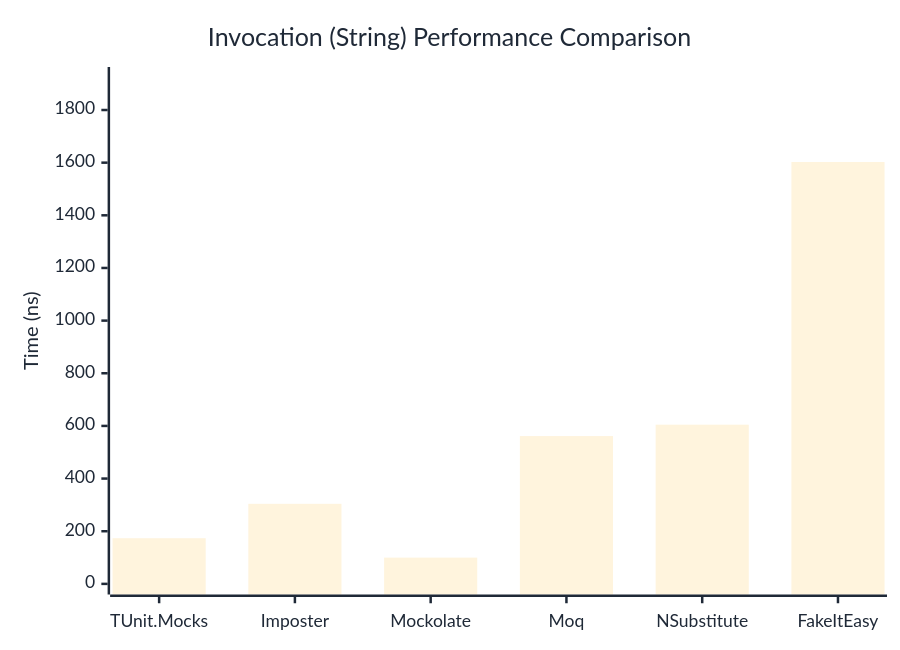
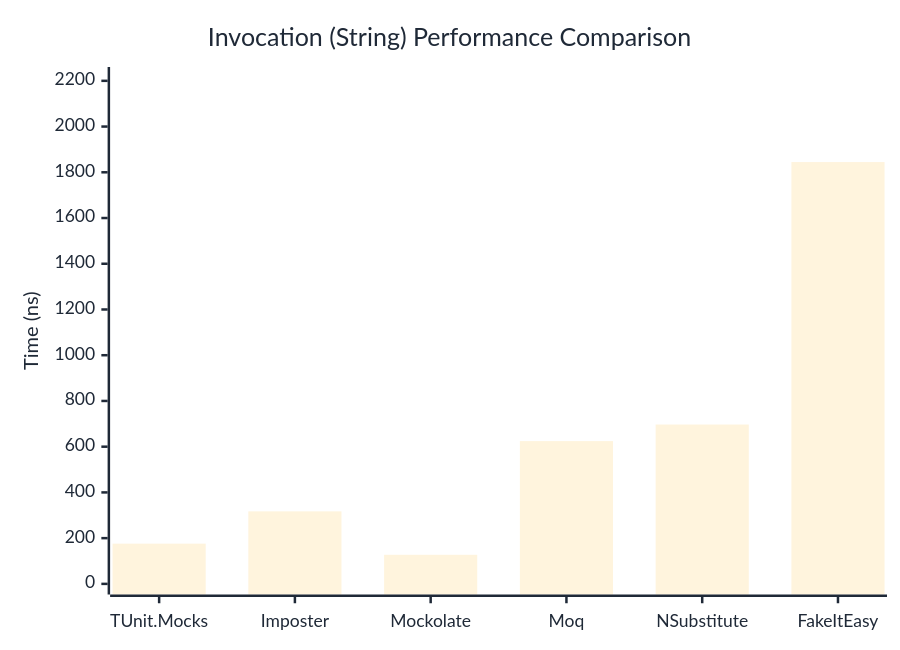
The second of 3 diagrams in docs/docs/benchmarks/mocks/Invocation.md (thomhurst/TUnit), drawn with Mermaid before and after one commit. The commit also changed other lines of this file and 14 other files, not shown here.

````diff
--- a/docs/docs/benchmarks/mocks/Invocation.md
+++ b/docs/docs/benchmarks/mocks/Invocation.md
@@ -71,27 +71,27 @@
 ```mermaid
 %%{init: {
   'theme':'base',
   'themeVariables': {
     'primaryColor': '#2563eb',
     'primaryTextColor': '#1f2937',
     'primaryBorderColor': '#1e40af',
     'lineColor': '#6b7280',
     'secondaryColor': '#7c3aed',
     'tertiaryColor': '#dc2626',
     'background': '#ffffff',
     'pie1': '#2563eb',
     'pie2': '#7c3aed',
     'pie3': '#dc2626',
     'pie4': '#f59e0b',
     'pie5': '#10b981',
     'pie6': '#06b6d4',
     'pie7': '#ec4899',
     'pie8': '#6366f1'
   }
 }}%%
 xychart-beta
   title "Invocation (String) Performance Comparison"
   x-axis ["TUnit.Mocks", "Imposter", "Mockolate", "Moq", "NSubstitute", "FakeItEasy"]
-  y-axis "Time (ns)" 0 --> 1923
-  bar [173.47, 304.13, 99.78, 561.43, 604.69, 1602.39]
+  y-axis "Time (ns)" 0 --> 2214
+  bar [176, 317.1, 127.2, 624.4, 696.9, 1844.7]
 ```
````
